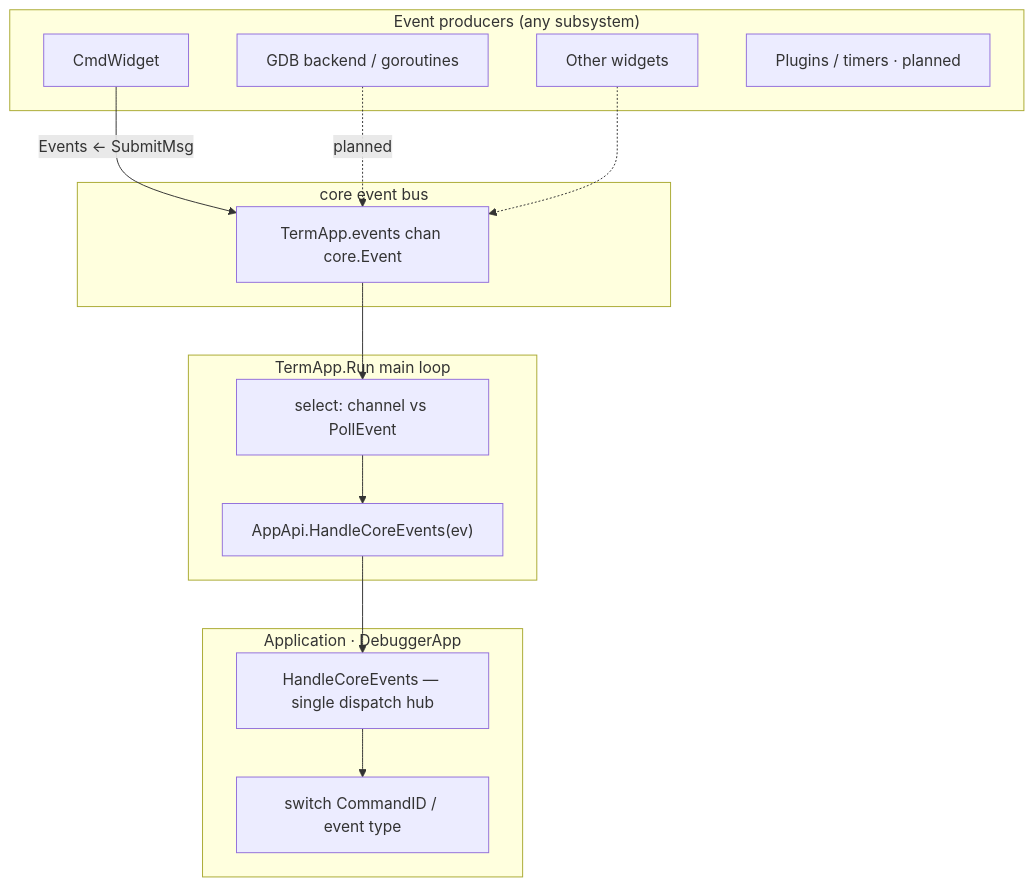
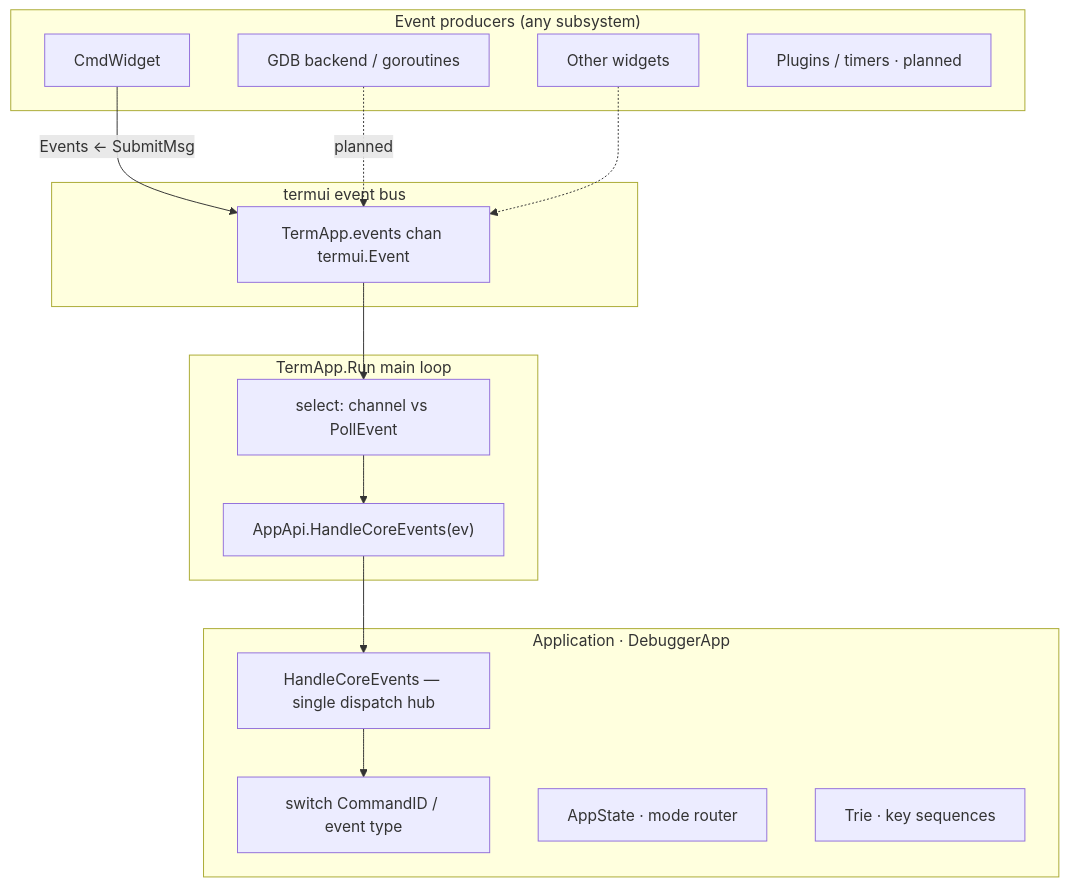
Before and after one commit to yairgd/gdbforge: the sixth of 7 diagrams in docs/ARCHITECTURE.md, drawn with Mermaid. The commit also changed other lines of this file and 18 other files, not shown here.

````diff
--- a/docs/ARCHITECTURE.md
+++ b/docs/ARCHITECTURE.md
@@ -253,28 +269,30 @@
 ```mermaid
 flowchart TB
     subgraph Producers["Event producers (any subsystem)"]
         CmdW["CmdWidget"]
         GDB["GDB backend / goroutines"]
         Widgets["Other widgets"]
         Future["Plugins / timers · planned"]
     end
 
-    subgraph Bus["core event bus"]
-        Chan["TermApp.events chan core.Event"]
+    subgraph Bus["termui event bus"]
+        Chan["TermApp.events chan termui.Event"]
     end
 
     subgraph Loop["TermApp.Run main loop"]
         Select["select: channel vs PollEvent"]
         CoreDispatch["AppApi.HandleCoreEvents(ev)"]
     end
 
     subgraph App["Application · DebuggerApp"]
         Handler["HandleCoreEvents — single dispatch hub"]
         CmdSwitch["switch CommandID / event type"]
+        Modes["AppState · mode router"]
+        TrieNode["Trie · key sequences"]
     end
 
     CmdW -->|"Events <- SubmitMsg"| Chan
     GDB -.->|"planned"| Chan
     Widgets -.-> Chan
     Chan --> Select --> CoreDispatch --> Handler --> CmdSwitch
 ```
````
